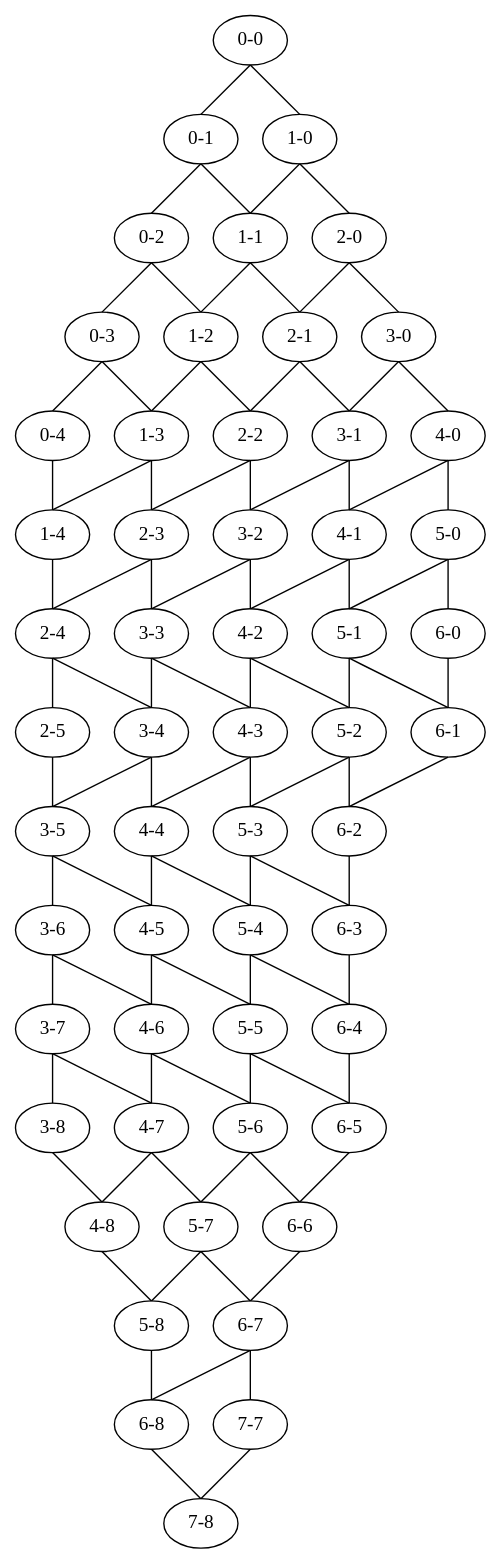
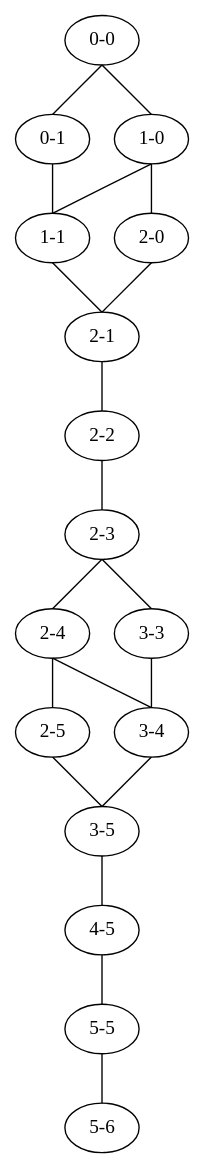
Before and after one commit to robzenn92/distributedAlgorithms: the diagram in src/main/java/com/distributedalgorithms/out/lattice.dot, drawn with Graphviz. The commit also changed 6 other files, not shown here.

```diff
--- a/src/main/java/com/distributedalgorithms/out/lattice.dot
+++ b/src/main/java/com/distributedalgorithms/out/lattice.dot
@@ -1,145 +1,61 @@
 digraph item_set {
 
 // set edge attribute
 edge [dir = none tailport = "s" headport = "n"]
 splines=false
 
 // the 1o layer
 0 [label = "0-0"];
 // the 2o layer
 1 [label = "0-1"];
 10 [label = "1-0"];
 
 // the 3o layer
-2 [label = "0-2"];
 11 [label = "1-1"];
 20 [label = "2-0"];
 
 // the 4o layer
-3 [label = "0-3"];
-12 [label = "1-2"];
 21 [label = "2-1"];
-30 [label = "3-0"];
 
 // the 5o layer
-4 [label = "0-4"];
-13 [label = "1-3"];
 22 [label = "2-2"];
-31 [label = "3-1"];
-40 [label = "4-0"];
 
 // the 6o layer
-14 [label = "1-4"];
 23 [label = "2-3"];
-32 [label = "3-2"];
-41 [label = "4-1"];
-50 [label = "5-0"];
 
 // the 7o layer
 24 [label = "2-4"];
 33 [label = "3-3"];
-42 [label = "4-2"];
-51 [label = "5-1"];
-60 [label = "6-0"];
 
 // the 8o layer
 25 [label = "2-5"];
 34 [label = "3-4"];
-43 [label = "4-3"];
-52 [label = "5-2"];
-61 [label = "6-1"];
 
 // the 9o layer
 35 [label = "3-5"];
-44 [label = "4-4"];
-53 [label = "5-3"];
-62 [label = "6-2"];
 
 // the 10o layer
-36 [label = "3-6"];
 45 [label = "4-5"];
-54 [label = "5-4"];
-63 [label = "6-3"];
 
 // the 11o layer
-37 [label = "3-7"];
-46 [label = "4-6"];
 55 [label = "5-5"];
-64 [label = "6-4"];
 
 // the 12o layer
-38 [label = "3-8"];
-47 [label = "4-7"];
 56 [label = "5-6"];
-65 [label = "6-5"];
-
-// the 13o layer
-48 [label = "4-8"];
-57 [label = "5-7"];
-66 [label = "6-6"];
-
-// the 14o layer
-58 [label = "5-8"];
-67 [label = "6-7"];
-
-// the 15o layer
-68 [label = "6-8"];
-77 [label = "7-7"];
-
-// the 16o layer
-78 [label = "7-8"];
 
 0 -> {10,1}
-1 -> {11,2}
-2 -> {12,3}
-3 -> {13,4}
-4 -> {14}
+1 -> {11}
 10 -> {20,11}
-11 -> {21,12}
-12 -> {22,13}
-13 -> {23,14}
-14 -> {24}
-20 -> {30,21}
-21 -> {31,22}
-22 -> {32,23}
+11 -> {21}
+20 -> {21}
+21 -> {22}
+22 -> {23}
 23 -> {33,24}
 24 -> {34,25}
 25 -> {35}
-30 -> {40,31}
-31 -> {41,32}
-32 -> {42,33}
-33 -> {43,34}
-34 -> {44,35}
-35 -> {45,36}
-36 -> {46,37}
-37 -> {47,38}
-38 -> {48}
-40 -> {50,41}
-41 -> {51,42}
-42 -> {52,43}
-43 -> {53,44}
-44 -> {54,45}
-45 -> {55,46}
-46 -> {56,47}
-47 -> {57,48}
-48 -> {58}
-50 -> {60,51}
-51 -> {61,52}
-52 -> {62,53}
-53 -> {63,54}
-54 -> {64,55}
-55 -> {65,56}
-56 -> {66,57}
-57 -> {67,58}
-58 -> {68}
-60 -> {61}
-61 -> {62}
-62 -> {63}
-63 -> {64}
-64 -> {65}
-65 -> {66}
-66 -> {67}
-67 -> {77,68}
-68 -> {78}
-77 -> {78}
+33 -> {34}
+34 -> {35}
+35 -> {45}
+45 -> {55}
+55 -> {56}
 }
```
